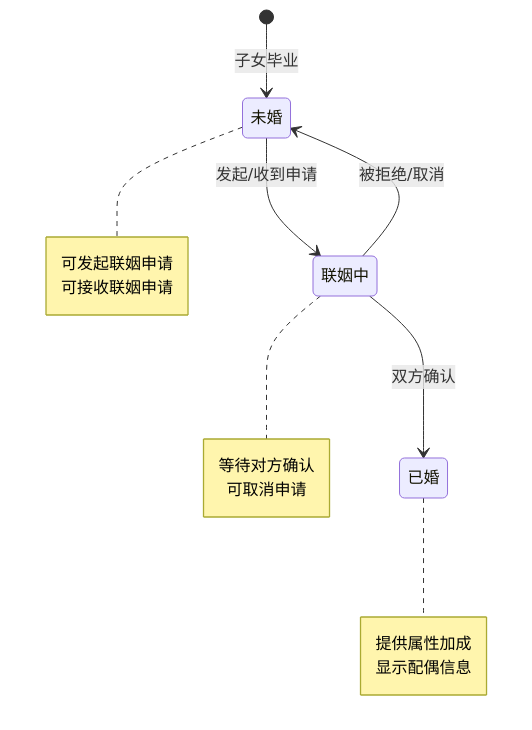
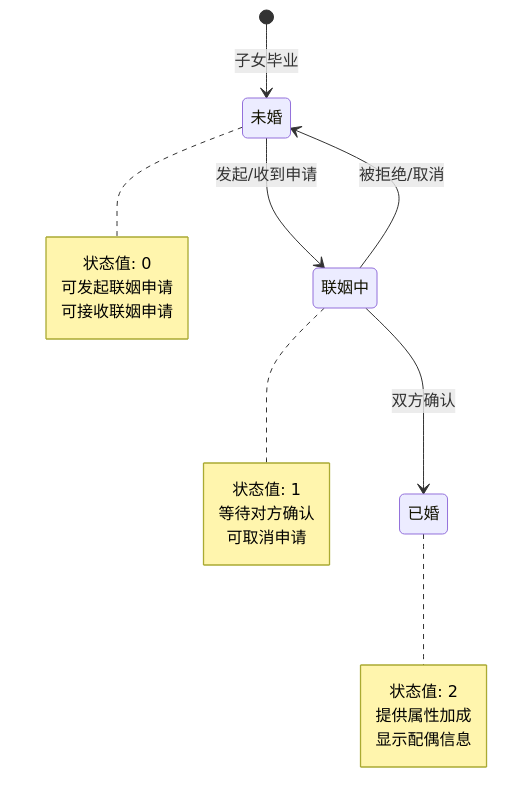
One commit to Alan-Ben/k2c_game_framework changed the fourth of 10 diagrams in docs/Module_Child/06_实现细节.md. Above: the diagram before and after it, drawn with Mermaid. The commit also changed other lines of this file, not shown here.

````diff
--- a/docs/Module_Child/06_实现细节.md
+++ b/docs/Module_Child/06_实现细节.md
@@ -150,22 +199,25 @@
 ```mermaid
 stateDiagram-v2
     [*] --> 未婚: 子女毕业
     未婚 --> 联姻中: 发起/收到申请
     联姻中 --> 未婚: 被拒绝/取消
     联姻中 --> 已婚: 双方确认
 
     note right of 未婚
+        状态值: 0
         可发起联姻申请
         可接收联姻申请
     end note
 
     note right of 联姻中
+        状态值: 1
         等待对方确认
         可取消申请
     end note
 
     note right of 已婚
+        状态值: 2
         提供属性加成
         显示配偶信息
     end note
 ```
````
